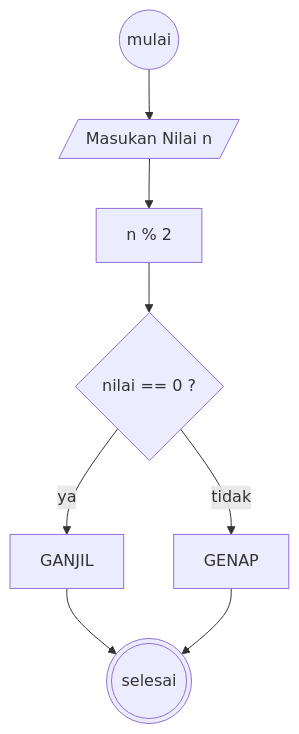
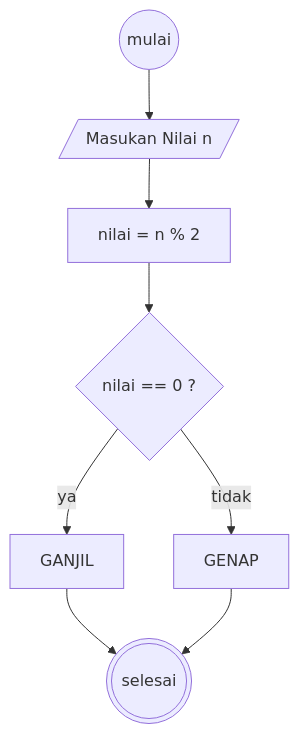
The diagram in README.md (Farhan-dev-dot/koda-b10-algoritma), drawn with Mermaid before and after one commit.

````diff
--- a/README.md
+++ b/README.md
@@ -45,24 +45,24 @@
 ```mermaid
 
 
 flowchart TD
 
 A((mulai))
 B[/Masukan Nilai n /]
-C[n % 2]
+C[nilai = n % 2]
 D{nilai == 0 ? }
 E[GENAP]
 F[GANJIL]
 G(((selesai)))
 
 A-->B
 B-->C
 C-->D
 D--ya-->F
 D--tidak-->E
 F-->G
 E-->G
 
 
 
 ```
````
